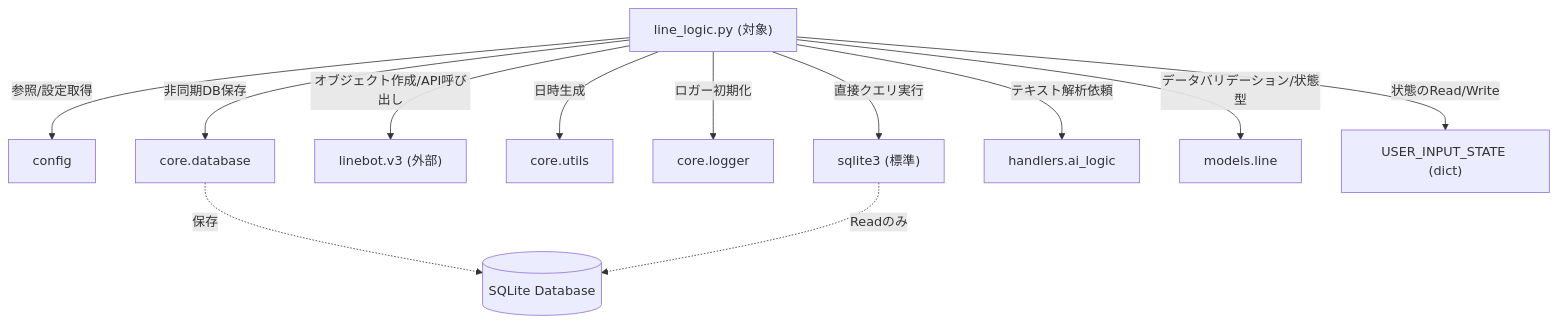
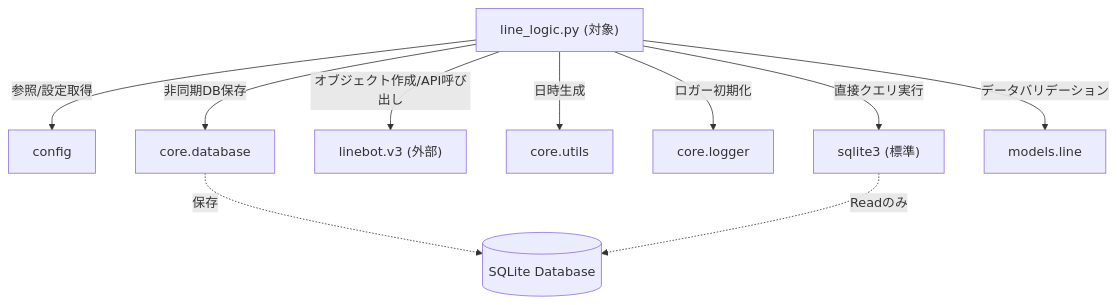
One commit to mmtigers/my_python_project changed the second of 2 diagrams in docs/specifications/MY_HOME_SYSTEM/line_logic.md. Above: the diagram before and after it, drawn with Mermaid. The commit also changed other lines of this file and 47 other files, not shown here.

````diff
--- a/docs/specifications/MY_HOME_SYSTEM/line_logic.md
+++ b/docs/specifications/MY_HOME_SYSTEM/line_logic.md
@@ -420,32 +281,26 @@
 ```mermaid
 graph TD
     %% Files / Modules
     line_logic["line_logic.py (対象)"]
     config["config"]
     sqlite3["sqlite3 (標準)"]
     linebot_sdk["linebot.v3 (外部)"]
     core_utils["core.utils"]
     core_logger["core.logger"]
     core_database["core.database"]
-    ai_logic["handlers.ai_logic"]
     models_line["models.line"]
 
     %% Dependencies
     line_logic -->|参照/設定取得| config
     line_logic -->|直接クエリ実行| sqlite3
     line_logic -->|オブジェクト作成/API呼び出し| linebot_sdk
     line_logic -->|日時生成| core_utils
     line_logic -->|ロガー初期化| core_logger
     line_logic -->|非同期DB保存| core_database
-    line_logic -->|テキスト解析依頼| ai_logic
-    line_logic -->|データバリデーション/状態型| models_line
-
-    %% Internal Data Store
-    dict["USER_INPUT_STATE (dict)"]
-    line_logic -->|状態のRead/Write| dict
+    line_logic -->|データバリデーション| models_line
 
     %% DB Storage logic
     core_database -.->|保存| SQLite_DB[(SQLite Database)]
     sqlite3 -.->|Readのみ| SQLite_DB
 
 ```
````
